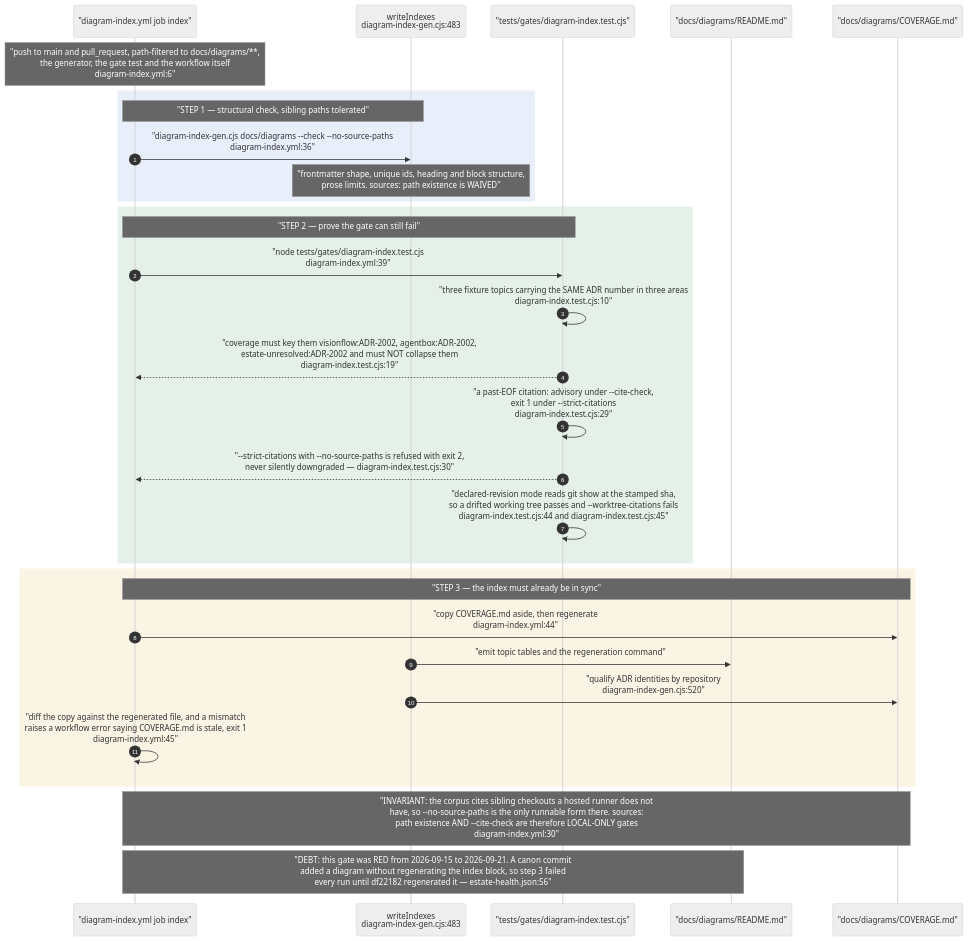
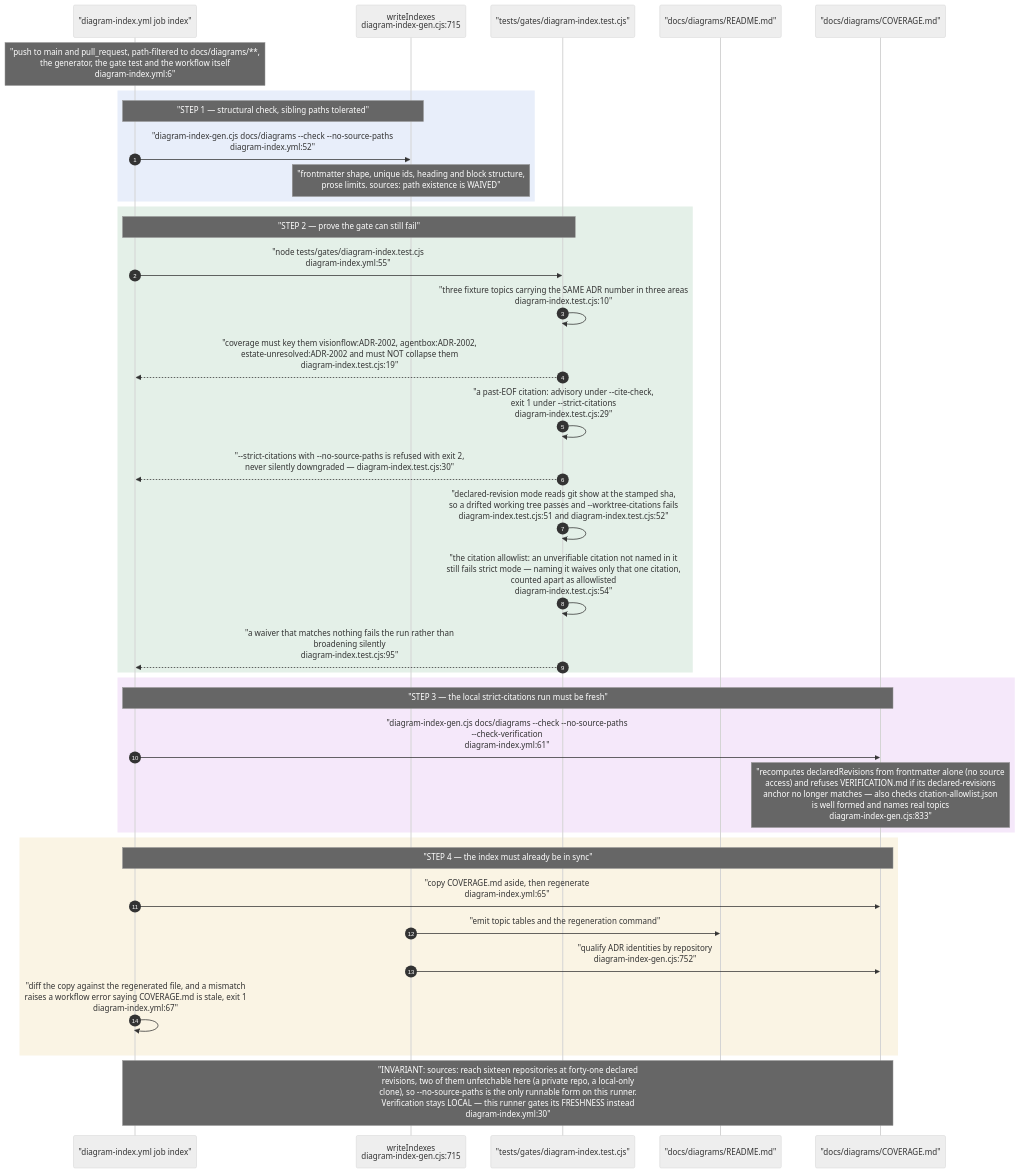
Diagram 12 of 14 in docs/diagrams/visionflow/06-diagram-tooling.md (DreamLab-AI/VisionFlow), drawn with Mermaid (neutral theme) before and after one commit. The commit also changed other lines of this file and 136 other files, not shown here.

First line of the commit message:
docs(diagrams): refresh the whole corpus to code HEAD and prune low-value diagrams

````diff
--- a/docs/diagrams/visionflow/06-diagram-tooling.md
+++ b/docs/diagrams/visionflow/06-diagram-tooling.md
@@ -360,38 +376,45 @@
 ```mermaid
 sequenceDiagram
     autonumber
     participant CI as "diagram-index.yml job index"
-    participant G as writeIndexes<br/>diagram-index-gen.cjs:483
+    participant G as writeIndexes<br/>diagram-index-gen.cjs:715
     participant T as "tests/gates/diagram-index.test.cjs"
     participant RM as "docs/diagrams/README.md"
     participant CV as "docs/diagrams/COVERAGE.md"
 
     Note over CI: "push to main and pull_request, path-filtered to docs/diagrams/**,<br/>the generator, the gate test and the workflow itself<br/>diagram-index.yml:6"
 
     rect rgb(232, 238, 250)
     Note over CI,G: "STEP 1 — structural check, sibling paths tolerated"
-    CI->>G: "diagram-index-gen.cjs docs/diagrams --check --no-source-paths<br/>diagram-index.yml:36"
+    CI->>G: "diagram-index-gen.cjs docs/diagrams --check --no-source-paths<br/>diagram-index.yml:52"
     Note over G: "frontmatter shape, unique ids, heading and block structure,<br/>prose limits. sources: path existence is WAIVED"
     end
 
     rect rgb(228, 240, 232)
     Note over CI,T: "STEP 2 — prove the gate can still fail"
-    CI->>T: "node tests/gates/diagram-index.test.cjs<br/>diagram-index.yml:39"
+    CI->>T: "node tests/gates/diagram-index.test.cjs<br/>diagram-index.yml:55"
     T->>T: "three fixture topics carrying the SAME ADR number in three areas<br/>diagram-index.test.cjs:10"
     T-->>CI: "coverage must key them visionflow:ADR-2002, agentbox:ADR-2002,<br/>estate-unresolved:ADR-2002 and must NOT collapse them<br/>diagram-index.test.cjs:19"
     T->>T: "a past-EOF citation: advisory under --cite-check,<br/>exit 1 under --strict-citations<br/>diagram-index.test.cjs:29"
     T-->>CI: "--strict-citations with --no-source-paths is refused with exit 2,<br/>never silently downgraded — diagram-index.test.cjs:30"
-    T->>T: "declared-revision mode reads git show at the stamped sha,<br/>so a drifted working tree passes and --worktree-citations fails<br/>diagram-index.test.cjs:44 and diagram-index.test.cjs:45"
+    T->>T: "declared-revision mode reads git show at the stamped sha,<br/>so a drifted working tree passes and --worktree-citations fails<br/>diagram-index.test.cjs:51 and diagram-index.test.cjs:52"
+    T->>T: "the citation allowlist: an unverifiable citation not named in it<br/>still fails strict mode — naming it waives only that one citation,<br/>counted apart as allowlisted<br/>diagram-index.test.cjs:54"
+    T-->>CI: "a waiver that matches nothing fails the run rather than<br/>broadening silently<br/>diagram-index.test.cjs:95"
+    end
+
+    rect rgb(245, 232, 250)
+    Note over CI,CV: "STEP 3 — the local strict-citations run must be fresh"
+    CI->>CV: "diagram-index-gen.cjs docs/diagrams --check --no-source-paths<br/>--check-verification<br/>diagram-index.yml:61"
+    Note over CV: "recomputes declaredRevisions from frontmatter alone (no source<br/>access) and refuses VERIFICATION.md if its declared-revisions<br/>anchor no longer matches — also checks citation-allowlist.json<br/>is well formed and names real topics<br/>diagram-index-gen.cjs:833"
     end
 
     rect rgb(250, 244, 228)
-    Note over CI,CV: "STEP 3 — the index must already be in sync"
-    CI->>CV: "copy COVERAGE.md aside, then regenerate<br/>diagram-index.yml:44"
+    Note over CI,CV: "STEP 4 — the index must already be in sync"
+    CI->>CV: "copy COVERAGE.md aside, then regenerate<br/>diagram-index.yml:65"
     G->>RM: "emit topic tables and the regeneration command"
-    G->>CV: "qualify ADR identities by repository<br/>diagram-index-gen.cjs:520"
-    CI->>CI: "diff the copy against the regenerated file, and a mismatch<br/>raises a workflow error saying COVERAGE.md is stale, exit 1<br/>diagram-index.yml:45"
+    G->>CV: "qualify ADR identities by repository<br/>diagram-index-gen.cjs:752"
+    CI->>CI: "diff the copy against the regenerated file, and a mismatch<br/>raises a workflow error saying COVERAGE.md is stale, exit 1<br/>diagram-index.yml:67"
     end
 
-    Note over CI,CV: "INVARIANT: the corpus cites sibling checkouts a hosted runner does not<br/>have, so --no-source-paths is the only runnable form there. sources:<br/>path existence AND --cite-check are therefore LOCAL-ONLY gates<br/>diagram-index.yml:30"
-    Note over CI,RM: "DEBT: this gate was RED from 2026-09-15 to 2026-09-21. A canon commit<br/>added a diagram without regenerating the index block, so step 3 failed<br/>every run until df22182 regenerated it — estate-health.json:56"
+    Note over CI,CV: "INVARIANT: sources: reach sixteen repositories at forty-one declared<br/>revisions, two of them unfetchable here (a private repo, a local-only<br/>clone), so --no-source-paths is the only runnable form on this runner.<br/>Verification stays LOCAL — this runner gates its FRESHNESS instead<br/>diagram-index.yml:30"
 ```
````
